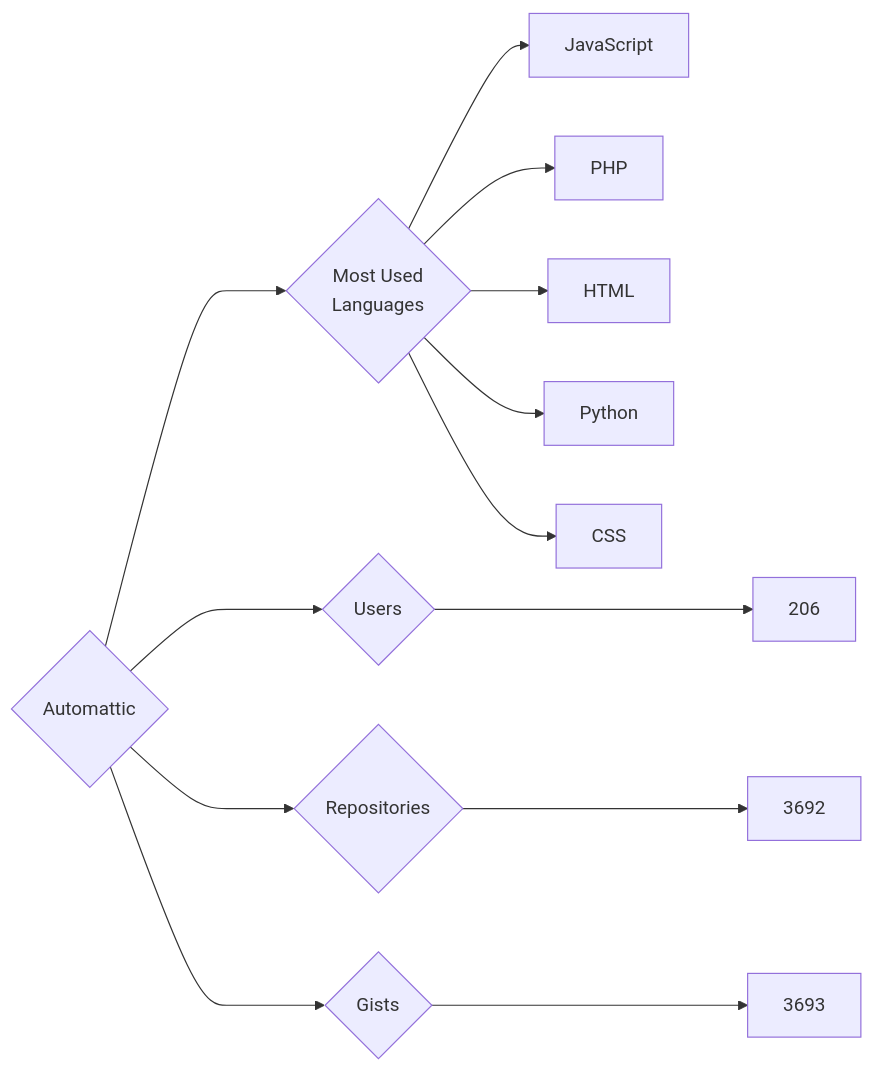
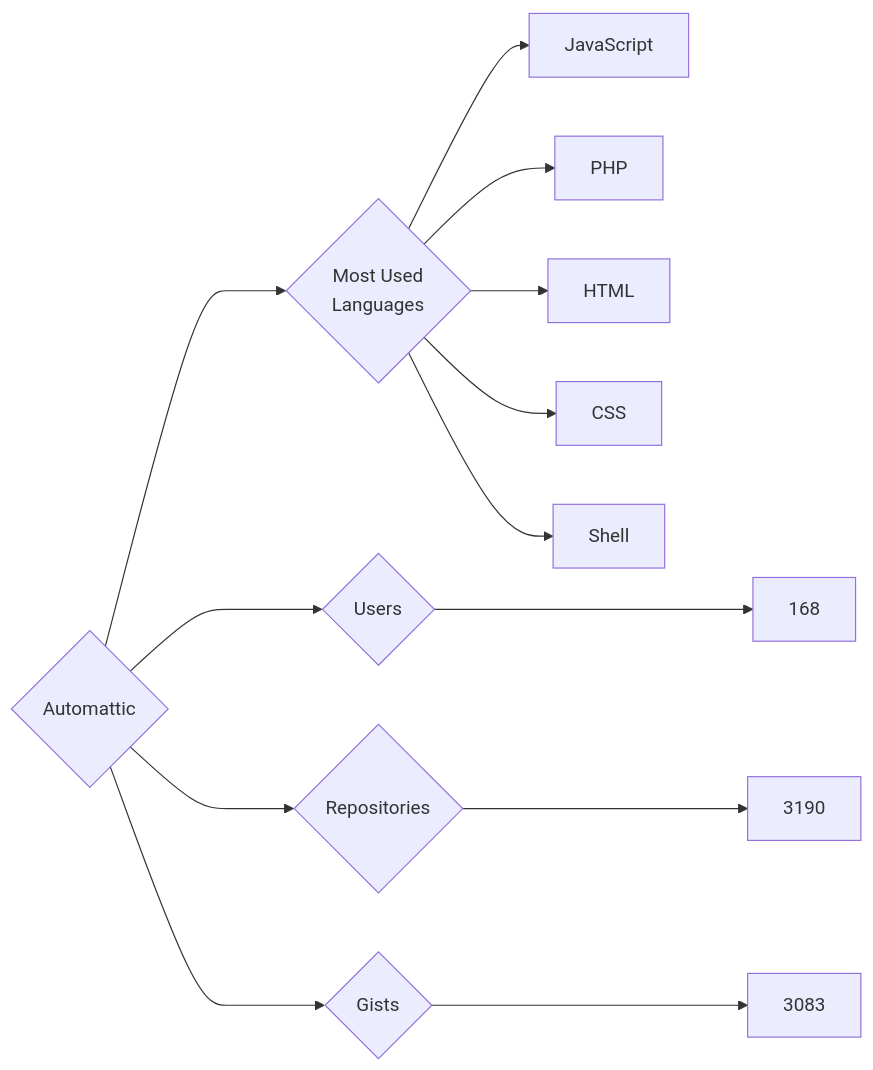
The diagram in targets/Automattic/README.md (trickest/insiders), drawn with Mermaid before and after one commit. The commit also changed 610 other files, not shown here.

````diff
--- a/targets/Automattic/README.md
+++ b/targets/Automattic/README.md
@@ -3,13 +3,13 @@
 ```mermaid
 graph LR
 COMPANY_NAME{Automattic}
-COMPANY_NAME ---> U{Users} ---> UN[206]
-COMPANY_NAME ---> R{Repositories} ---> RN[3692]
-COMPANY_NAME ---> G{Gists} ---> GN[3693]
+COMPANY_NAME ---> U{Users} ---> UN[168]
+COMPANY_NAME ---> R{Repositories} ---> RN[3190]
+COMPANY_NAME ---> G{Gists} ---> GN[3083]
 COMPANY_NAME ---> ML{Most Used<br>Languages}
 ML --> JavaScript[JavaScript]
 ML --> PHP[PHP]
 ML --> HTML[HTML]
-ML --> Python[Python]
 ML --> CSS[CSS]
+ML --> Shell[Shell]
 ```
````
